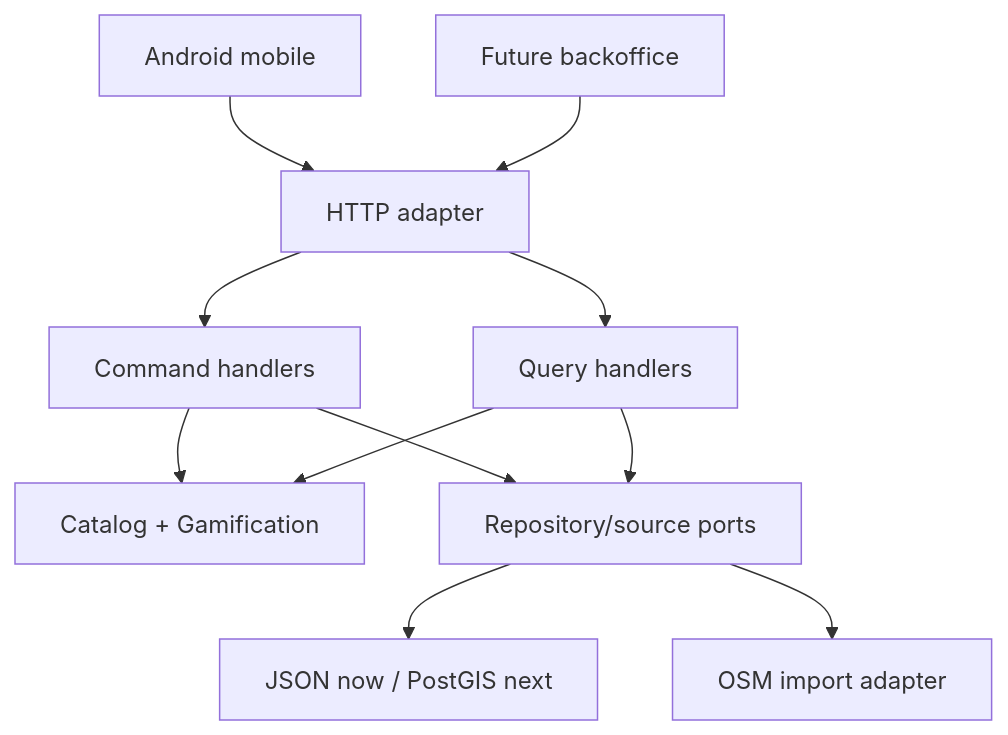
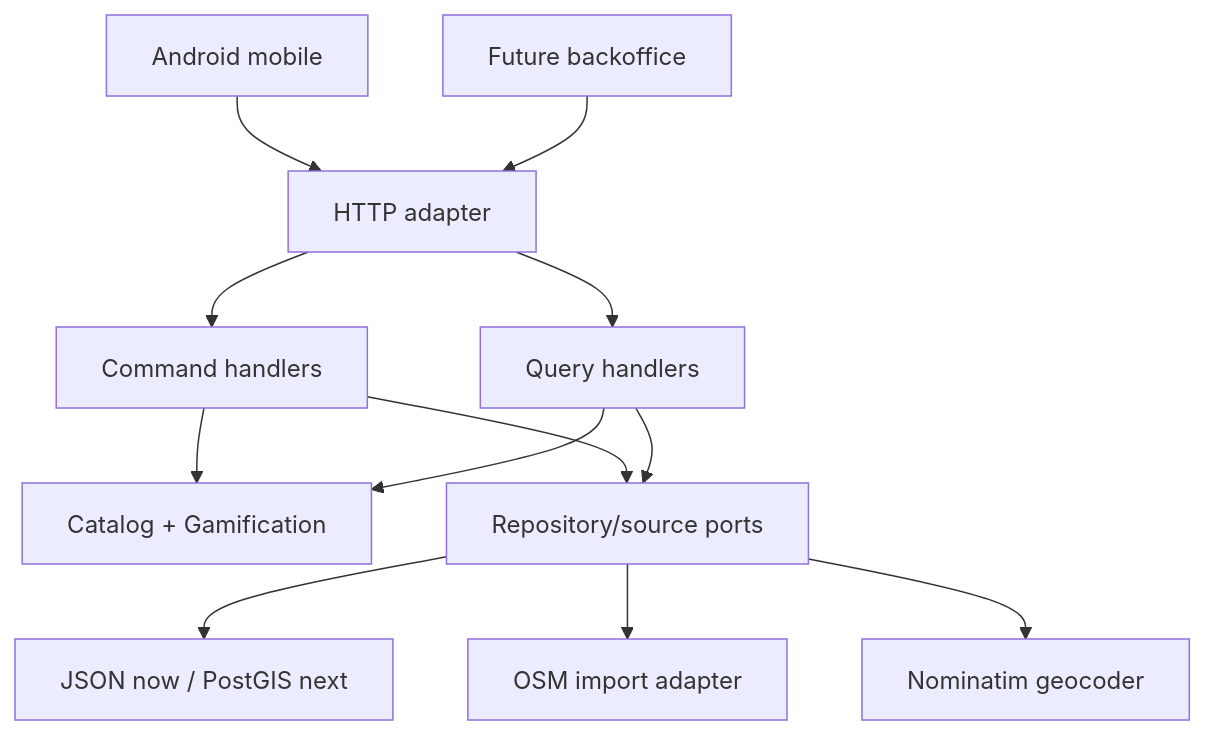
Before and after one commit to weaponsinmyhead/colotour: the diagram in docs/architecture/0001-platform-foundation.md, drawn with Mermaid. The commit also changed other lines of this file and 20 other files, not shown here.

````diff
--- a/docs/architecture/0001-platform-foundation.md
+++ b/docs/architecture/0001-platform-foundation.md
@@ -74,13 +74,14 @@
 ```mermaid
 flowchart TD
     Mobile["Android mobile"] --> HTTP["HTTP adapter"]
     Admin["Future backoffice"] --> HTTP
     HTTP --> Commands["Command handlers"]
     HTTP --> Queries["Query handlers"]
     Commands --> Domain["Catalog + Gamification"]
     Queries --> Domain
     Commands --> Ports["Repository/source ports"]
     Queries --> Ports
     Ports --> Store["JSON now / PostGIS next"]
     Ports --> OSM["OSM import adapter"]
+    Ports --> Geocoder["Nominatim geocoder"]
 ```
````
